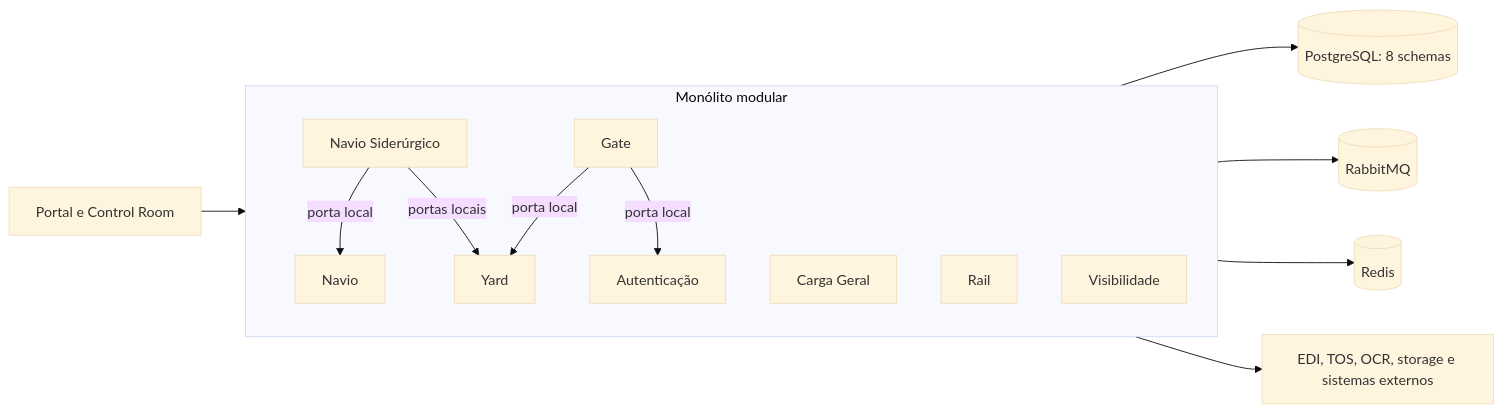
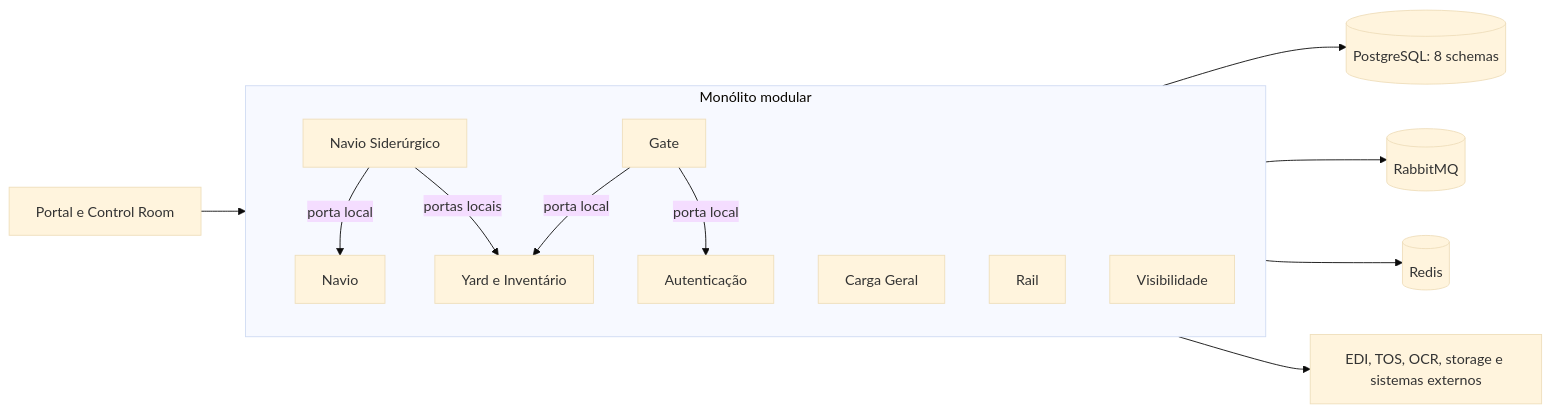
Before and after one commit to diogo2806/CloudPort: the diagram in README.md, drawn with Mermaid (base theme). The commit also changed other lines of this file, not shown here.

````diff
--- a/README.md
+++ b/README.md
@@ -50,25 +57,25 @@
 ```mermaid
 flowchart LR
     FE[Portal e Control Room] --> API[cloudport-runtime :8080]
 
     subgraph API[Monólito modular]
         AUTH[Autenticação]
         CGO[Carga Geral]
         GATE[Gate]
         RAIL[Rail]
-        YARD[Yard]
+        VIS[Visibilidade]
+        YARD[Yard e Inventário]
         NAVIO[Navio]
         SID[Navio Siderúrgico]
-        VIS[Visibilidade]
 
         SID -->|porta local| NAVIO
         SID -->|portas locais| YARD
         GATE -->|porta local| YARD
         GATE -->|porta local| AUTH
     end
 
     API --> PG[(PostgreSQL: 8 schemas)]
     API --> MQ[(RabbitMQ)]
     API --> REDIS[(Redis)]
     API --> EXT[EDI, TOS, OCR, storage e sistemas externos]
 ```
````
